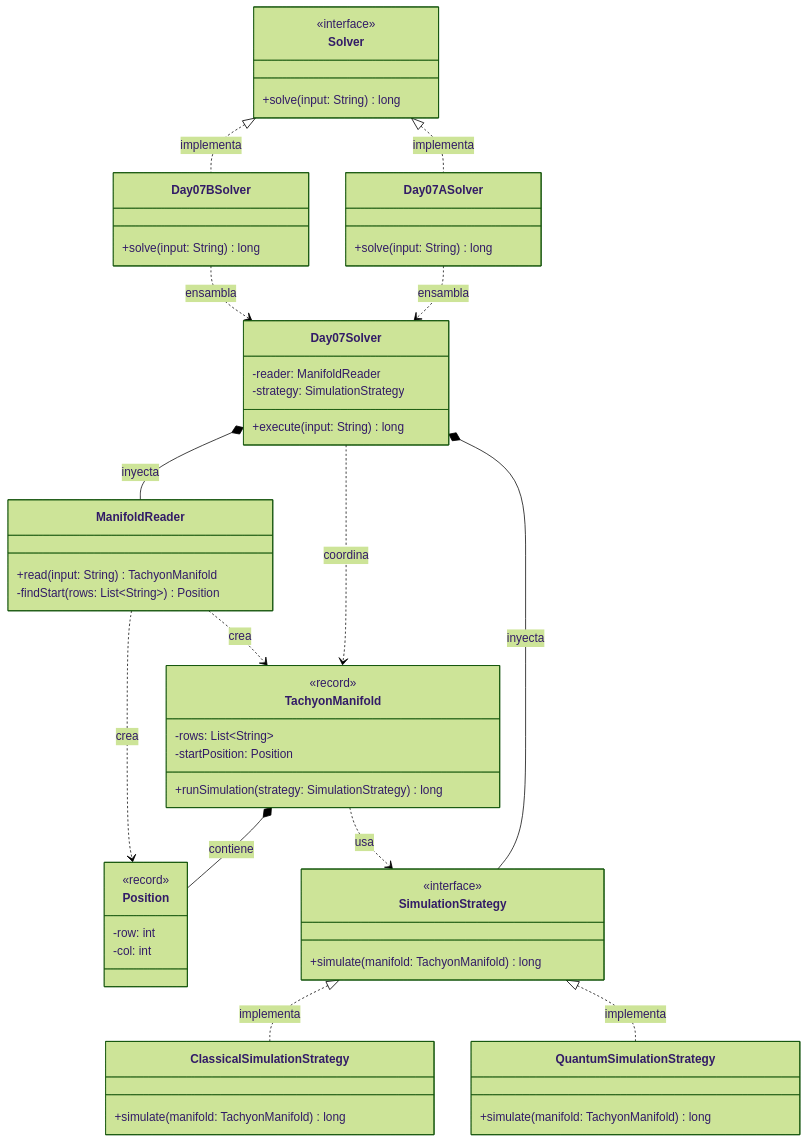
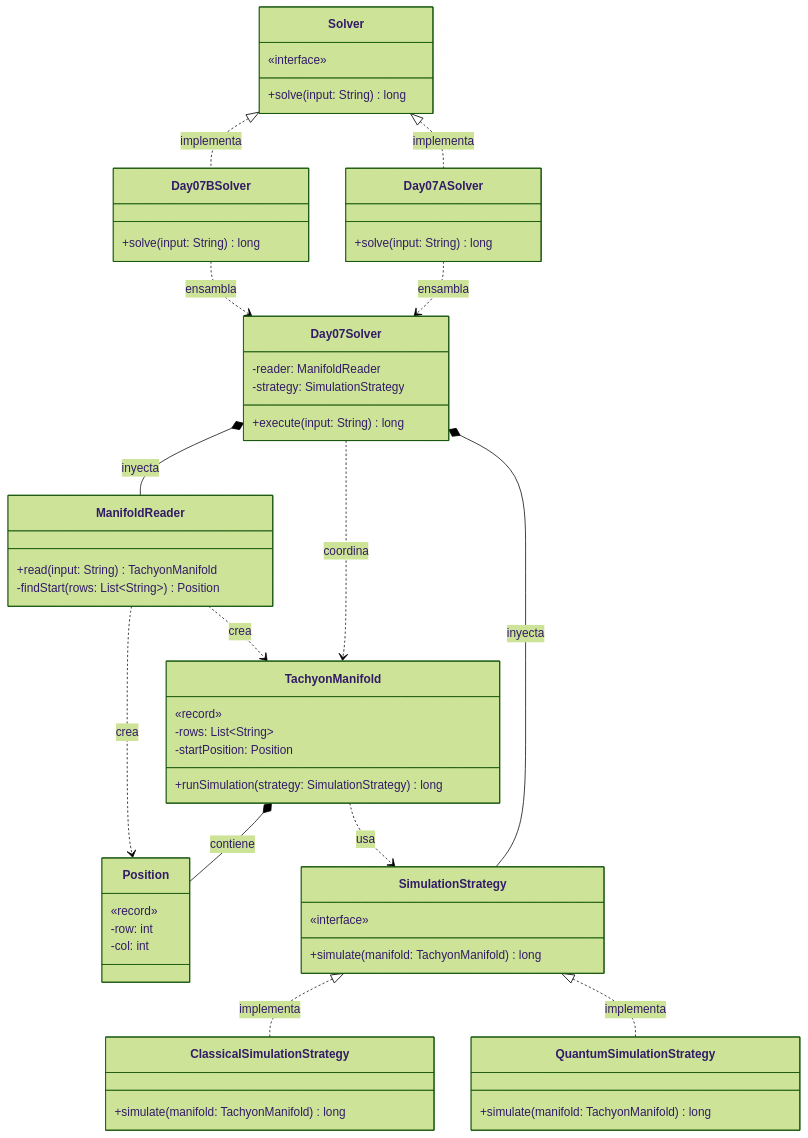
One commit to ivanperezdiaz829/AoC2025 changed the diagram in src/main/java/software/aoc/day07/README.md. Above: the diagram before and after it, drawn with Mermaid (forest theme). The commit also changed 2 other files, not shown here.

Commit message:
fix(README): Minnor visual problems with interfaces solved

````diff
--- a/src/main/java/software/aoc/day07/README.md
+++ b/src/main/java/software/aoc/day07/README.md
@@ -37,71 +37,71 @@
 ```mermaid
 classDiagram
   class Solver {
-    <<interface>>
+    «interface»
     +solve(input: String) long
   }
 
   class Day07ASolver {
     +solve(input: String) long
   }
 
   class Day07BSolver {
     +solve(input: String) long
   }
 
   class Day07Solver {
     -reader: ManifoldReader
     -strategy: SimulationStrategy
     +execute(input: String) long
   }
 
   class TachyonManifold {
-    <<record>>
+    «record»
     -rows: List~String~
     -startPosition: Position
     +runSimulation(strategy: SimulationStrategy) long
   }
 
   class Position {
-    <<record>>
+    «record»
     -row: int
     -col: int
   }
 
   class SimulationStrategy {
-    <<interface>>
+    «interface»
     +simulate(manifold: TachyonManifold) long
   }
 
   class ClassicalSimulationStrategy {
     +simulate(manifold: TachyonManifold) long
   }
 
   class QuantumSimulationStrategy {
     +simulate(manifold: TachyonManifold) long
   }
 
   class ManifoldReader {
     +read(input: String) TachyonManifold
     -findStart(rows: List~String~) Position
   }
 
 %% Relaciones de Implementación
   Solver <|.. Day07ASolver : implementa
   Solver <|.. Day07BSolver : implementa
   SimulationStrategy <|.. ClassicalSimulationStrategy : implementa
   SimulationStrategy <|.. QuantumSimulationStrategy : implementa
 
 %% Relaciones de Ensamblaje e Inyección
   Day07ASolver ..> Day07Solver : ensambla
   Day07BSolver ..> Day07Solver : ensambla
   Day07Solver *-- ManifoldReader : inyecta
   Day07Solver *-- SimulationStrategy : inyecta
 
 %% Relaciones de Dominio
   Day07Solver ..> TachyonManifold : coordina
   TachyonManifold ..> SimulationStrategy : usa
   TachyonManifold *-- Position : contiene
   ManifoldReader ..> TachyonManifold : crea
   ManifoldReader ..> Position : crea
 ```
````
